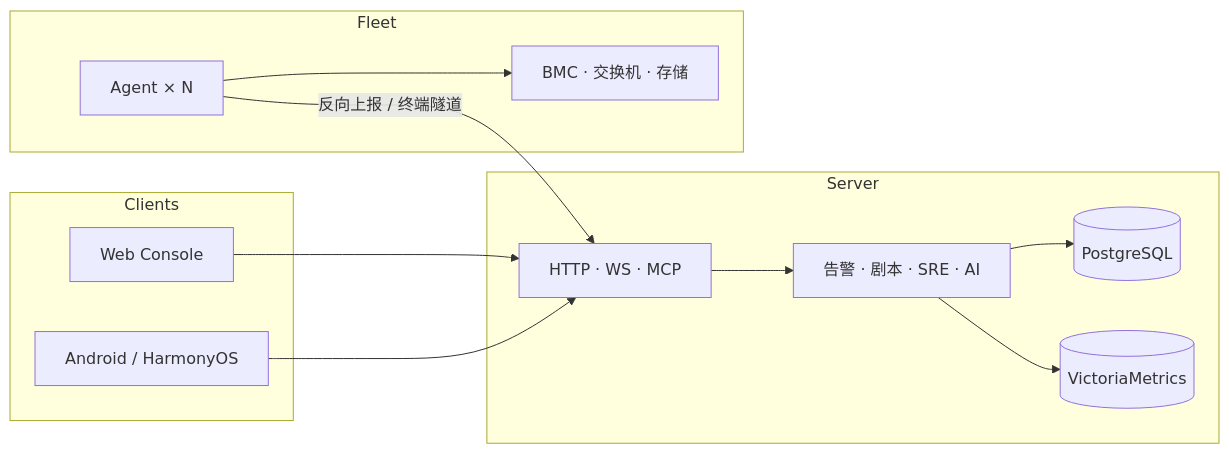
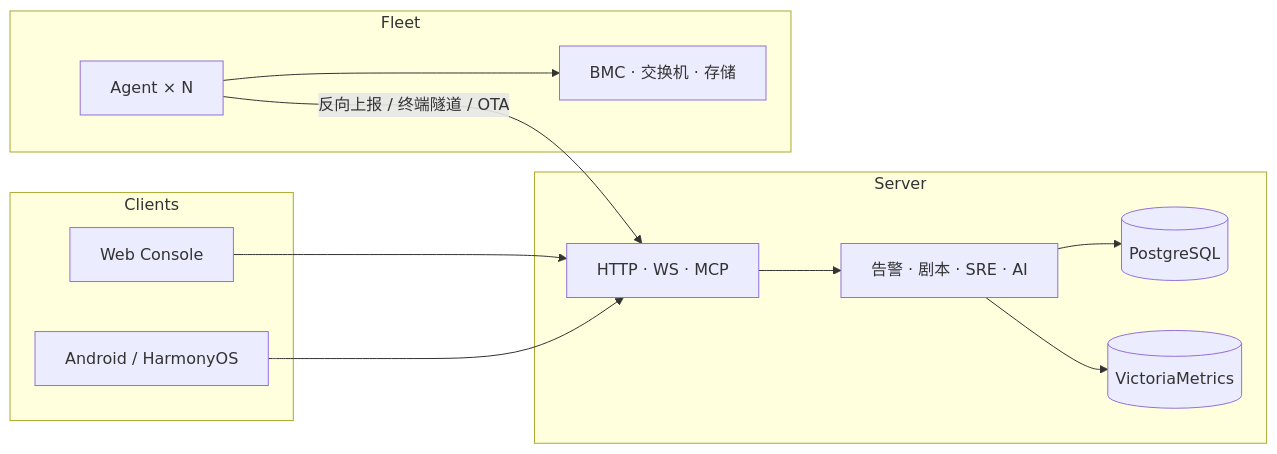
The diagram in README.md (sreyun/openaiops), drawn with Mermaid before and after one commit. The commit also changed other lines of this file and 14 other files, not shown here.

````diff
--- a/README.md
+++ b/README.md
@@ -137,24 +150,24 @@
 ```mermaid
 flowchart LR
   subgraph Clients
     Web[Web Console]
     Mob[Android / HarmonyOS]
   end
   subgraph Server
     API[HTTP · WS · MCP]
     Core[告警 · 剧本 · SRE · AI]
     PG[(PostgreSQL)]
     VM[(VictoriaMetrics)]
   end
   subgraph Fleet
     Ag[Agent × N]
     Ext[BMC · 交换机 · 存储]
   end
   Web --> API
   Mob --> API
   API --> Core
   Core --> PG
   Core --> VM
-  Ag -->|反向上报 / 终端隧道| API
+  Ag -->|反向上报 / 终端隧道 / OTA| API
   Ag --> Ext
 ```
````
